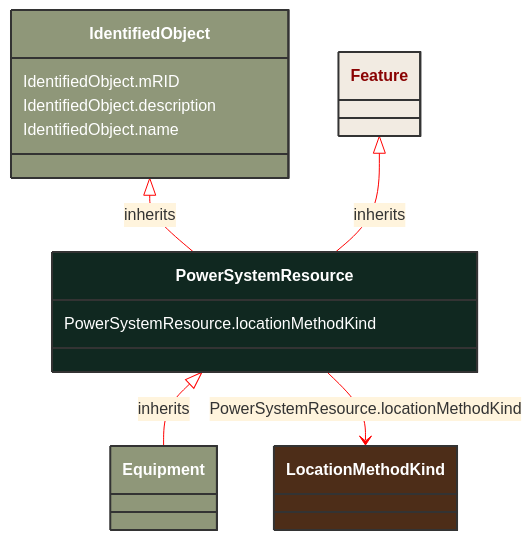
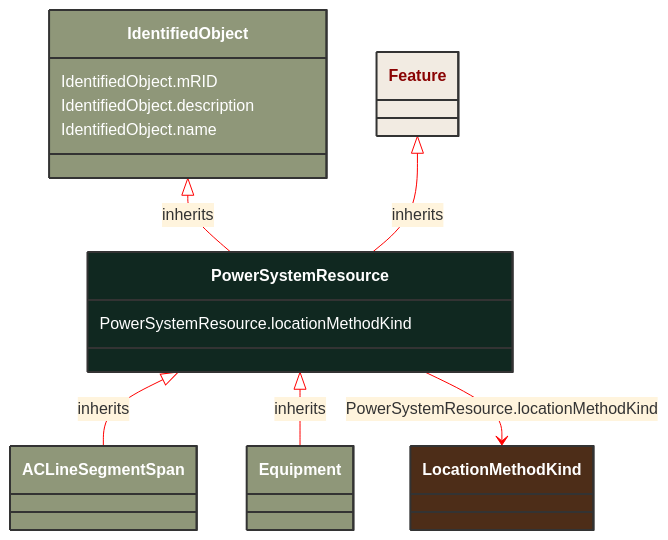
One commit to 3lbits/NoCIMExtensions changed the diagram in docs/Models/Profiles/AviationObstacle/AbstractClasses/PowerSystemResource.md. Above: the diagram before and after it, drawn with Mermaid. The commit also changed 63 other files, not shown here.

````diff
--- a/docs/Models/Profiles/AviationObstacle/AbstractClasses/PowerSystemResource.md
+++ b/docs/Models/Profiles/AviationObstacle/AbstractClasses/PowerSystemResource.md
@@ -10,33 +10,39 @@
 ```mermaid
 %%{init: {'theme':'base','themeVariables': {'lineColor': '#FF0000'}}}%%
 classDiagram
     class PowerSystemResource
     click PowerSystemResource href "/Models/Profiles/AviationObstacle/AbstractClasses/PowerSystemResource/"
     style PowerSystemResource fill:#102820,stroke:#333,stroke-width:2px,rx:10,ry:10,color:white
+
+        PowerSystemResource <|-- ACLineSegmentSpan : inherits
+
+        ACLineSegmentSpan
+            click ACLineSegmentSpan href "/Models/Profiles/AviationObstacle/ConcreteClasses/ACLineSegmentSpan/"
+            style ACLineSegmentSpan fill:#8F9779,stroke:#333,stroke-width:2px,rx:10,ry:10,color:white
 
         PowerSystemResource <|-- Equipment : inherits
 
         Equipment
             click Equipment href "/Models/Profiles/AviationObstacle/AbstractClasses/Equipment/"
             style Equipment fill:#8F9779,stroke:#333,stroke-width:2px,rx:10,ry:10,color:white
      
         IdentifiedObject <|-- PowerSystemResource : inherits
             click IdentifiedObject href "/Models/Profiles/AviationObstacle/AbstractClasses/IdentifiedObject/"
             style IdentifiedObject fill:#8F9779,stroke:#333,stroke-width:2px,rx:10,ry:10,color:white
 
         Feature <|-- PowerSystemResource : inherits
             click Feature href "/Models/Profiles/AviationObstacle/ConcreteClasses/Feature/"
             style Feature fill:#F2EBE2,stroke:#333,stroke-width:2px,rx:10,ry:10,color:#8A0303
 
 
         PowerSystemResource --> LocationMethodKind : PowerSystemResource.locationMethodKind
 
         LocationMethodKind
             click LocationMethodKind href "/Models/Profiles/AviationObstacle/Enumerations/LocationMethodKind/"
             style LocationMethodKind fill:#4D2D18,stroke:#333,stroke-width:2px,rx:10,ry:10,color:white
 
         PowerSystemResource : PowerSystemResource.locationMethodKind
         IdentifiedObject : IdentifiedObject.mRID
         IdentifiedObject : IdentifiedObject.description
         IdentifiedObject : IdentifiedObject.name
 ```
````
